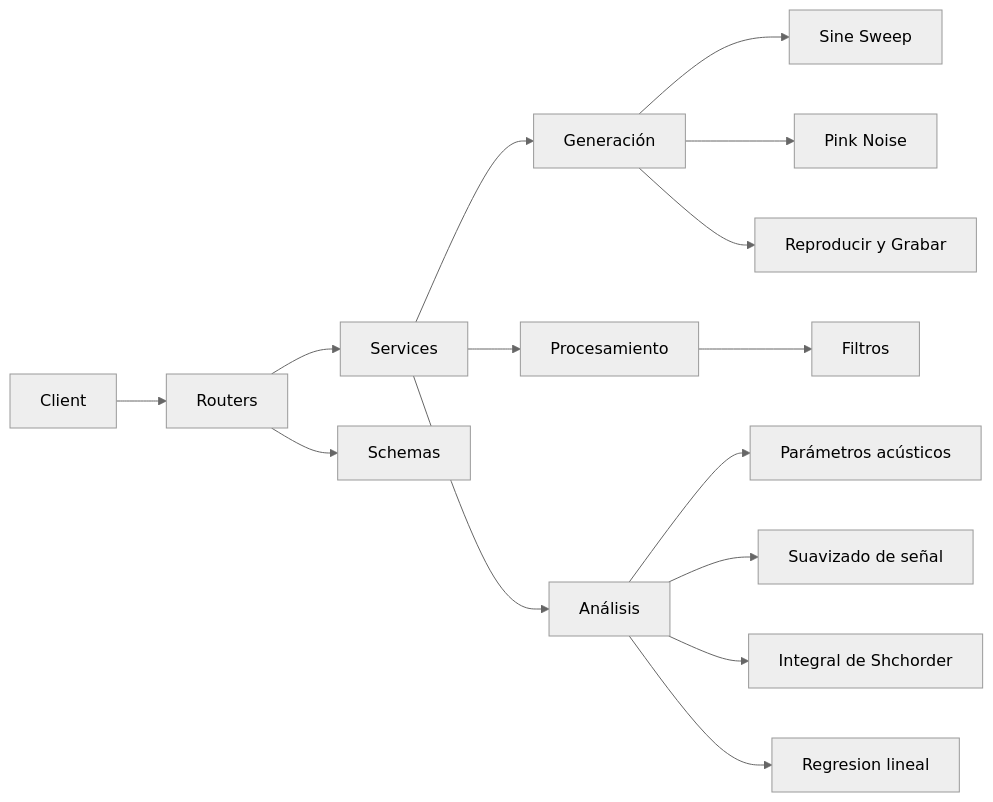
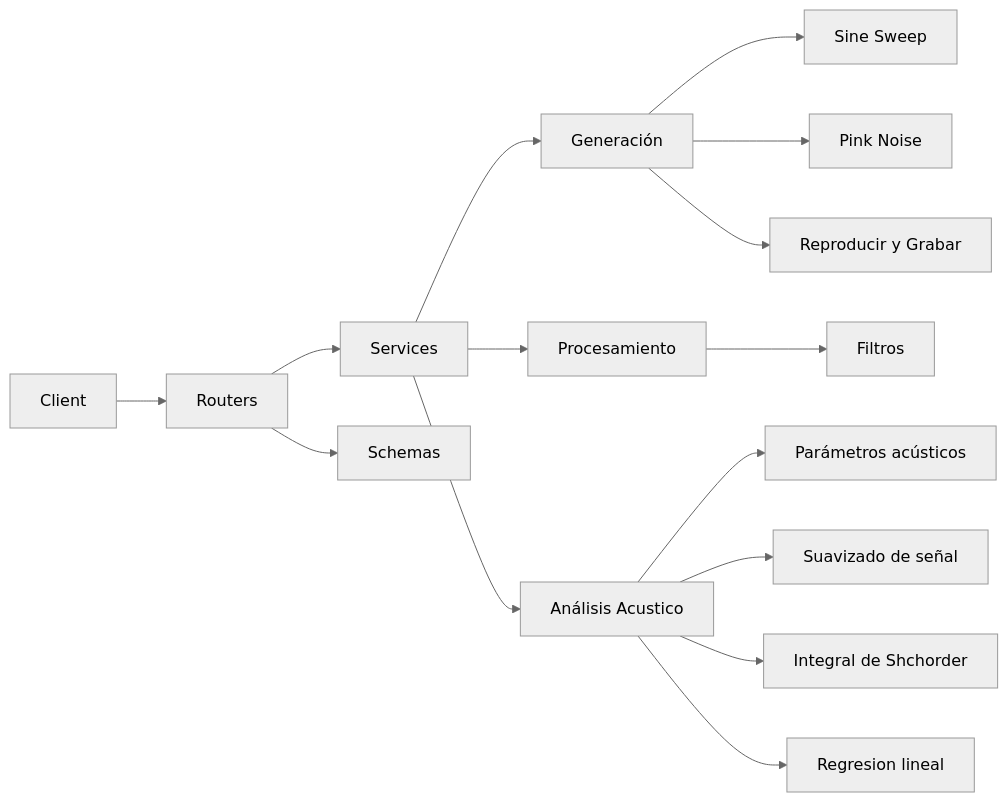
One commit to valentinadepiero/trabajo-practico-ss changed the diagram in README.md. Above: the diagram before and after it, drawn with Mermaid (neutral theme).

Commit message:
Restore README.md content
Restored README content with project details and instructions.

````diff
--- a/README.md
+++ b/README.md
@@ -60,17 +60,17 @@
 ```mermaid
 graph LR
 Client --> R[Routers]
 R --> S[Services]
 S --> Gen[Generación]
 Gen --> SS[Sine Sweep]
 Gen --> PN[Pink Noise]
 Gen --> Rec[Reproducir y Grabar]
 S --> Proc[Procesamiento]
 Proc --> F[Filtros]
-S --> An[Análisis]
+S --> An[Análisis Acustico]
 An --> Par[Parámetros acústicos]
 An -->Sua[Suavizado de señal]
 An -->InS[Integral de Shchorder]
 An -->Reg[Regresion lineal]
 R --> Sch[Schemas]
 ```
````
